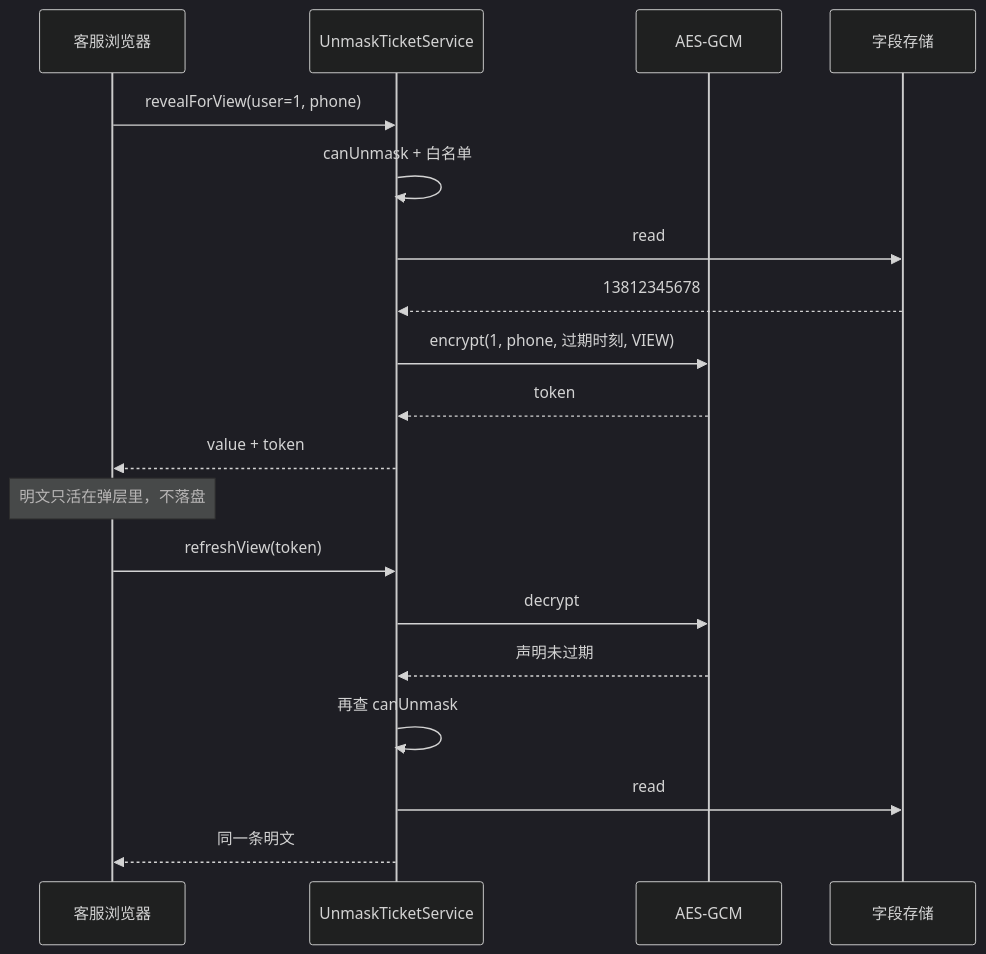
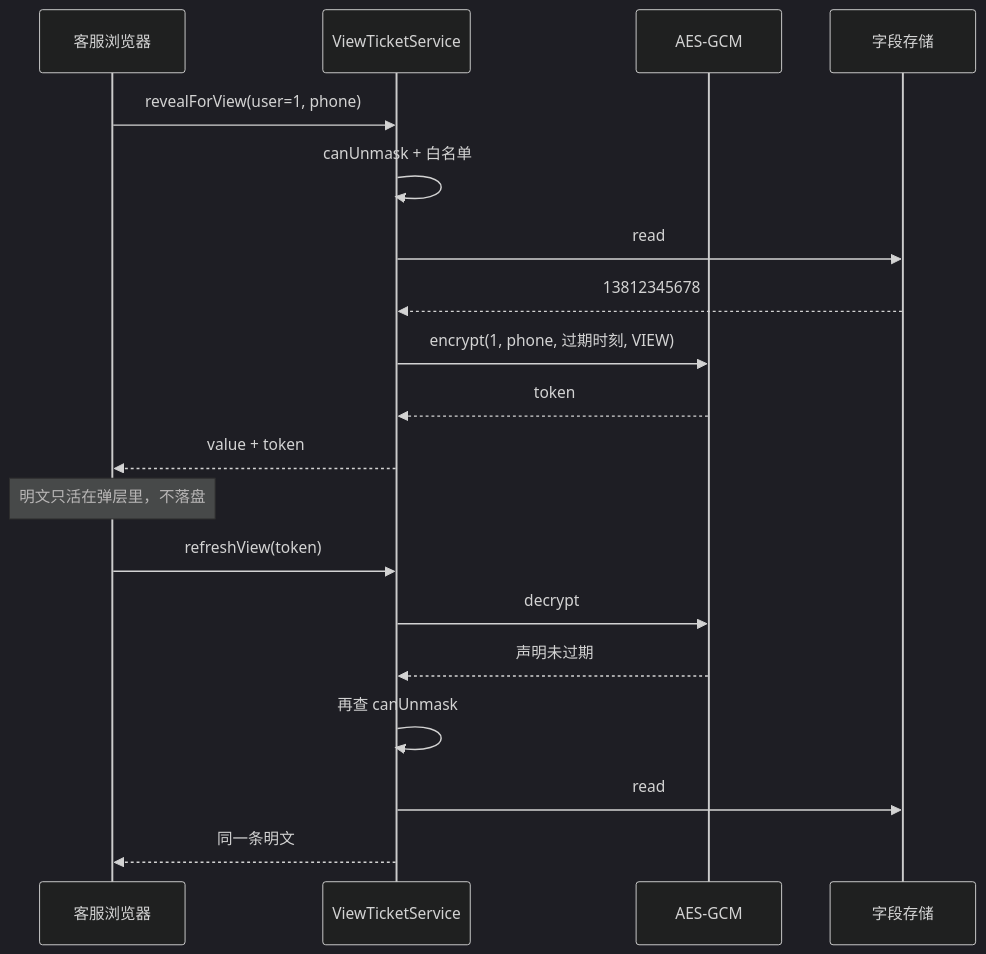
One commit to xut0793/learn-spring-boot-mask changed the third of 4 diagrams in docs/14-reversible-masking.md. Above: the diagram before and after it, drawn with Mermaid (dark theme). The commit also changed other lines of this file and 42 other files, not shown here.

````diff
--- a/docs/14-reversible-masking.md
+++ b/docs/14-reversible-masking.md
@@ -234,21 +242,21 @@
 ```mermaid
 sequenceDiagram
   participant CS as 客服浏览器
-  participant API as UnmaskTicketService
+  participant API as ViewTicketService
   participant AES as AES-GCM
   participant DB as 字段存储
   CS->>API: revealForView(user=1, phone)
   API->>API: canUnmask + 白名单
   API->>DB: read
   DB-->>API: 13812345678
   API->>AES: encrypt(1, phone, 过期时刻, VIEW)
   AES-->>API: token
   API-->>CS: value + token
   Note over CS: 明文只活在弹层里，不落盘
   CS->>API: refreshView(token)
   API->>AES: decrypt
   AES-->>API: 声明未过期
   API->>API: 再查 canUnmask
   API->>DB: read
   API-->>CS: 同一条明文
 ```
````
